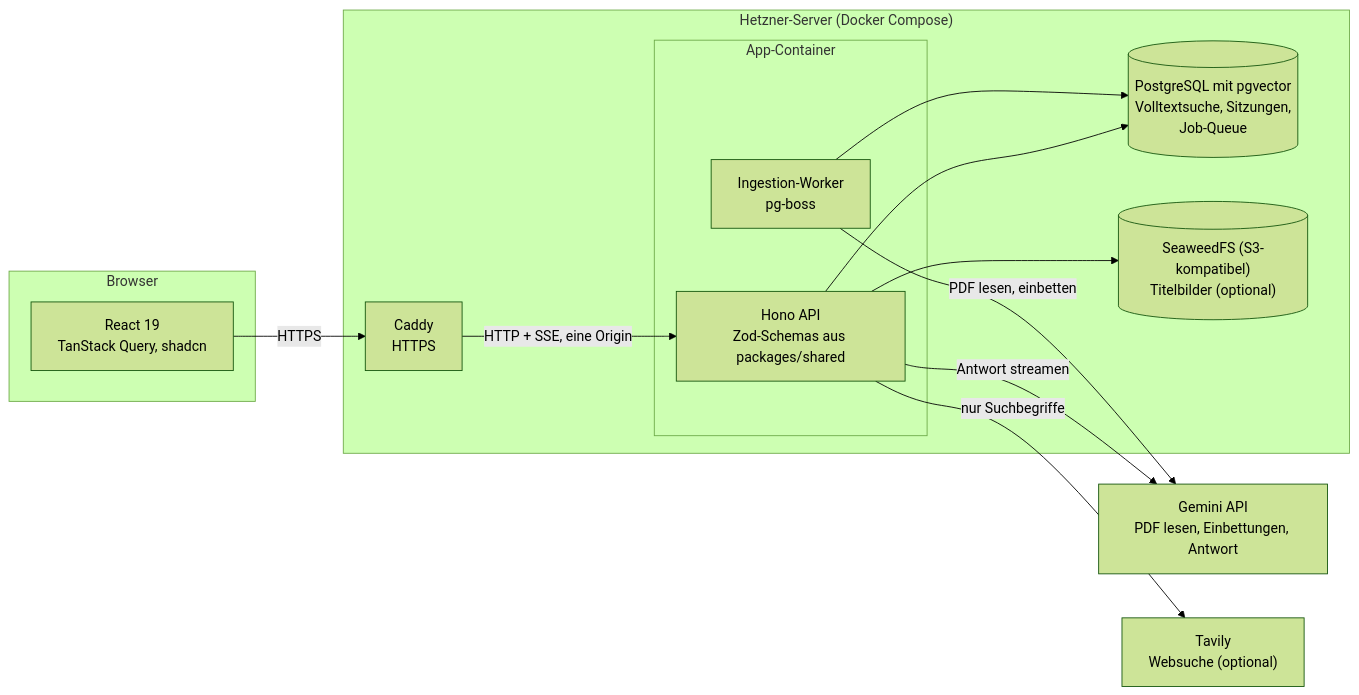
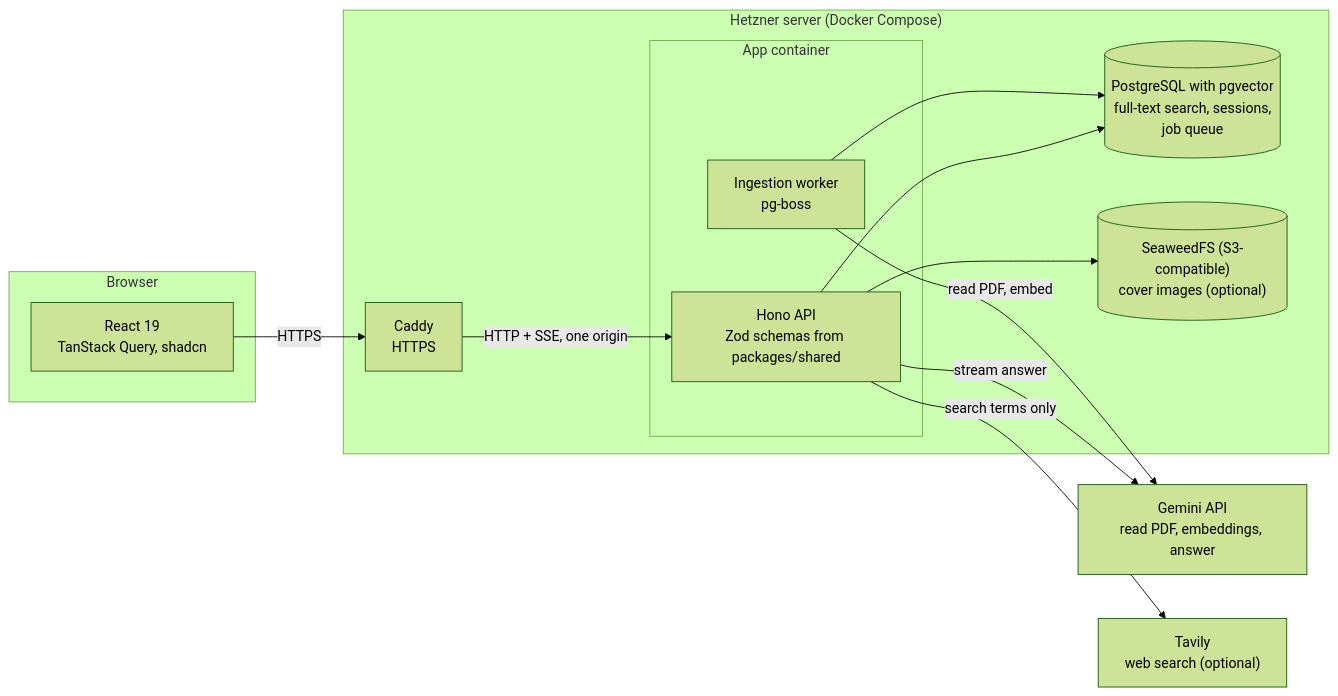
Before and after one commit to oguzbits/notebooklm-klon: the first of 3 diagrams in README.md, drawn with Mermaid (forest theme). The commit also changed other lines of this file and 17 other files, not shown here.

````diff
--- a/README.md
+++ b/README.md
@@ -25,26 +25,26 @@
 ```mermaid
 flowchart LR
   subgraph Browser
     Web["React 19<br/>TanStack Query, shadcn"]
   end
-  subgraph Server["Hetzner-Server (Docker Compose)"]
+  subgraph Server["Hetzner server (Docker Compose)"]
     Caddy["Caddy<br/>HTTPS"]
-    subgraph Container["App-Container"]
-      Api["Hono API<br/>Zod-Schemas aus packages/shared"]
-      Worker["Ingestion-Worker<br/>pg-boss"]
+    subgraph Container["App container"]
+      Api["Hono API<br/>Zod schemas from packages/shared"]
+      Worker["Ingestion worker<br/>pg-boss"]
     end
-    DB[("PostgreSQL mit pgvector<br/>Volltextsuche, Sitzungen,<br/>Job-Queue")]
-    S3[("SeaweedFS (S3-kompatibel)<br/>Titelbilder (optional)")]
+    DB[("PostgreSQL with pgvector<br/>full-text search, sessions,<br/>job queue")]
+    S3[("SeaweedFS (S3-compatible)<br/>cover images (optional)")]
   end
-  Gemini["Gemini API<br/>PDF lesen, Einbettungen, Antwort"]
-  Tavily["Tavily<br/>Websuche (optional)"]
+  Gemini["Gemini API<br/>read PDF, embeddings, answer"]
+  Tavily["Tavily<br/>web search (optional)"]
 
   Web -- "HTTPS" --> Caddy
-  Caddy -- "HTTP + SSE, eine Origin" --> Api
+  Caddy -- "HTTP + SSE, one origin" --> Api
   Api --> DB
-  Api -- "Antwort streamen" --> Gemini
-  Api -- "nur Suchbegriffe" --> Tavily
+  Api -- "stream answer" --> Gemini
+  Api -- "search terms only" --> Tavily
   Api --> S3
   Worker --> DB
-  Worker -- "PDF lesen, einbetten" --> Gemini
+  Worker -- "read PDF, embed" --> Gemini
 ```
````
